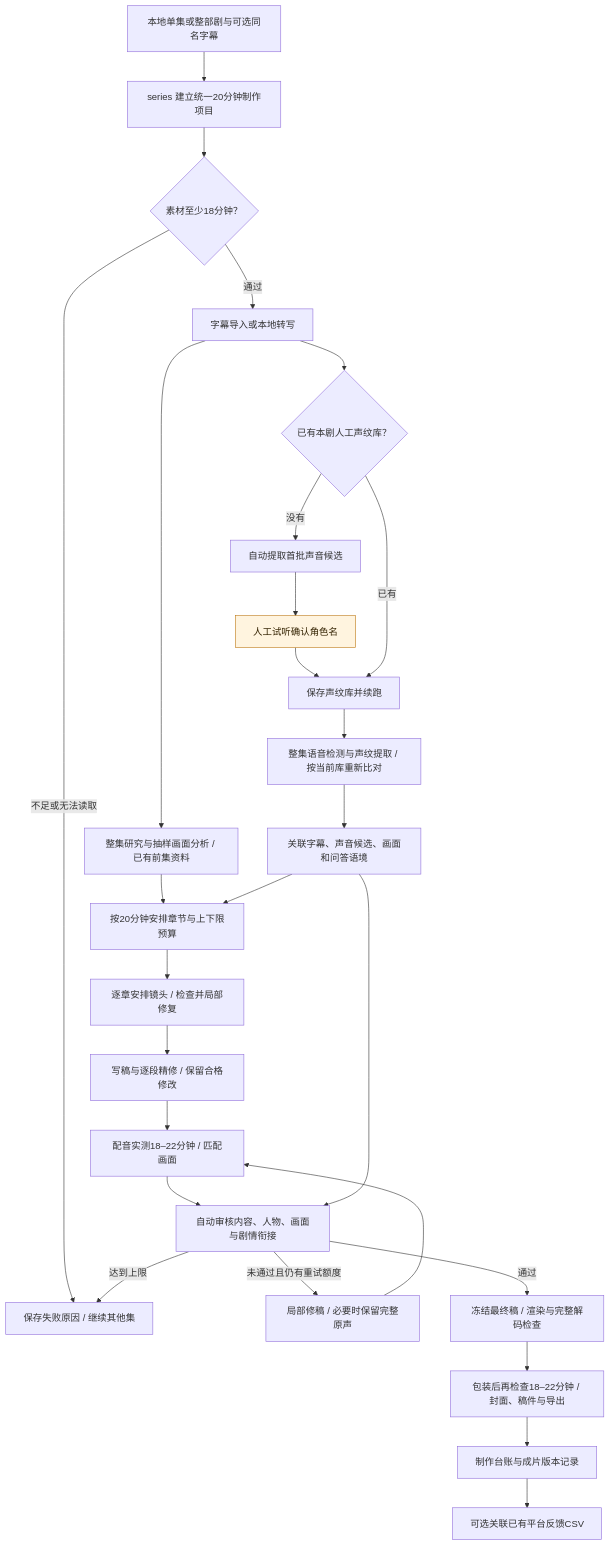
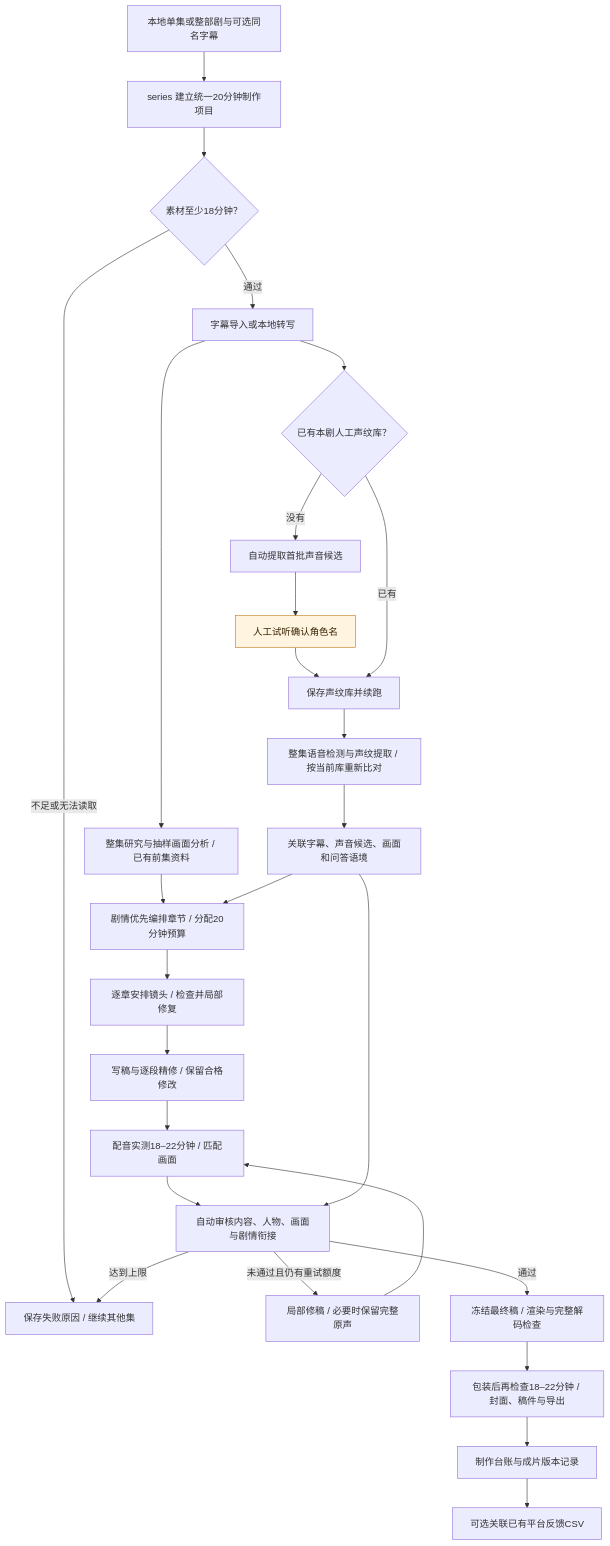
Before and after one commit to redrain-wang/autoclip1: the diagram in README.md, drawn with Mermaid. The commit also changed other lines of this file and 11 other files, not shown here.

````diff
--- a/README.md
+++ b/README.md
@@ -27,31 +29,31 @@
 ```mermaid
 flowchart TD
     A[本地单集或整部剧与可选同名字幕] --> B[series 建立统一20分钟制作项目]
     B --> V{素材至少18分钟？}
     V -->|不足或无法读取| Q[保存失败原因 / 继续其他集]
     V -->|通过| C[字幕导入或本地转写]
     C --> D{已有本剧人工声纹库？}
     D -->|没有| E[自动提取首批声音候选]
     E --> F[人工试听确认角色名]
     F --> G[保存声纹库并续跑]
     D -->|已有| G
     G --> H[整集语音检测与声纹提取 / 按当前库重新比对]
     H --> I[关联字幕、声音候选、画面和问答语境]
     C --> J[整集研究与抽样画面分析 / 已有前集资料]
-    J --> K[按20分钟安排章节与上下限预算]
+    J --> K[剧情优先编排章节 / 分配20分钟预算]
     I --> K
     K --> L[逐章安排镜头 / 检查并局部修复]
     L --> M[写稿与逐段精修 / 保留合格修改]
     M --> N[配音实测18–22分钟 / 匹配画面]
     N --> O[自动审核内容、人物、画面与剧情衔接]
     I --> O
     O -->|未通过且仍有重试额度| P[局部修稿 / 必要时保留完整原声]
     P --> N
     O -->|达到上限| Q
     O -->|通过| R[冻结最终稿 / 渲染与完整解码检查]
     R --> S[包装后再检查18–22分钟 / 封面、稿件与导出]
     S --> T[制作台账与成片版本记录]
     T --> U[可选关联已有平台反馈CSV]
     classDef human fill:#fff4df,stroke:#bd7a17,color:#332200
     class F human
 ```
````
